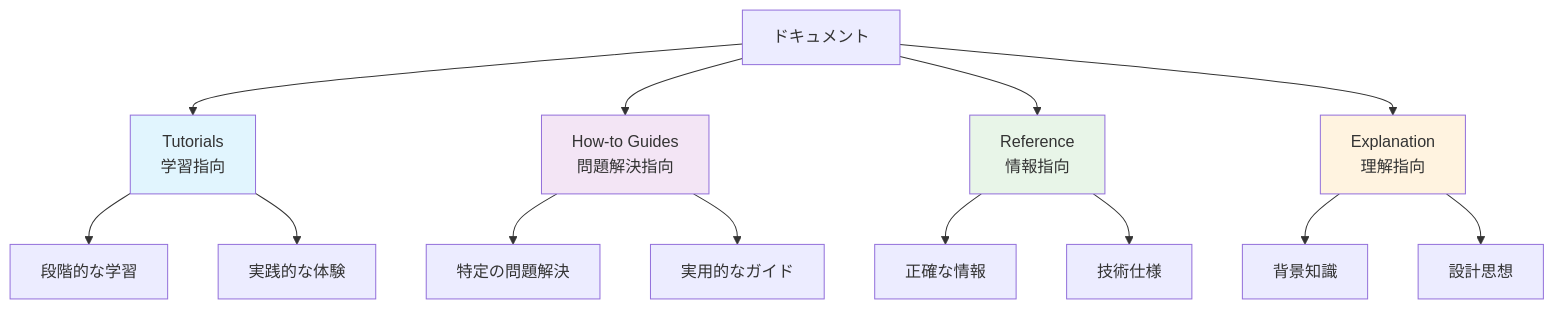
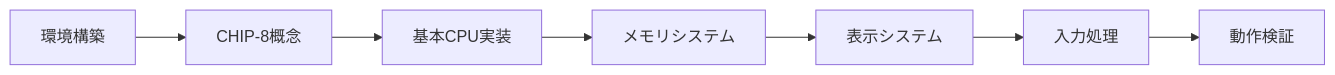
The second of 4 diagrams in docs/README.md (takeokunn/cl-chip8), drawn with Mermaid before and after one commit. The commit also changed other lines of this file and 27 other files, not shown here.

````diff
--- a/docs/README.md
+++ b/docs/README.md
@@ -9,24 +61,9 @@
 ```mermaid
-graph TD
-    A[ドキュメント] --> B[Tutorials<br/>学習指向]
-    A --> C[How-to Guides<br/>問題解決指向]
-    A --> D[Reference<br/>情報指向]
-    A --> E[Explanation<br/>理解指向]
-
-    B --> B1[段階的な学習]
-    B --> B2[実践的な体験]
-
-    C --> C1[特定の問題解決]
-    C --> C2[実用的なガイド]
-
-    D --> D1[正確な情報]
-    D --> D2[技術仕様]
-
-    E --> E1[背景知識]
-    E --> E2[設計思想]
-
-    style B fill:#e1f5fe
-    style C fill:#f3e5f5
-    style D fill:#e8f5e8
-    style E fill:#fff3e0
+graph LR
+    A[環境構築] --> B[CHIP-8概念]
+    B --> C[基本CPU実装]
+    C --> D[メモリシステム]
+    D --> E[表示システム]
+    E --> F[入力処理]
+    F --> G[動作検証]
 ```
````
